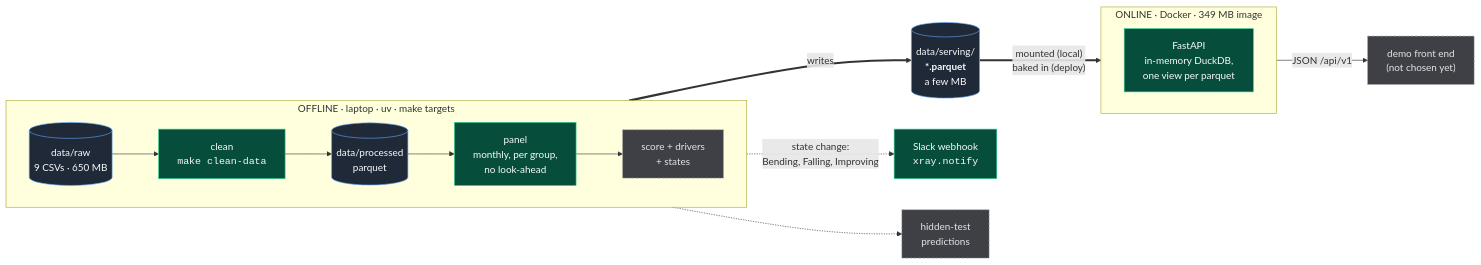
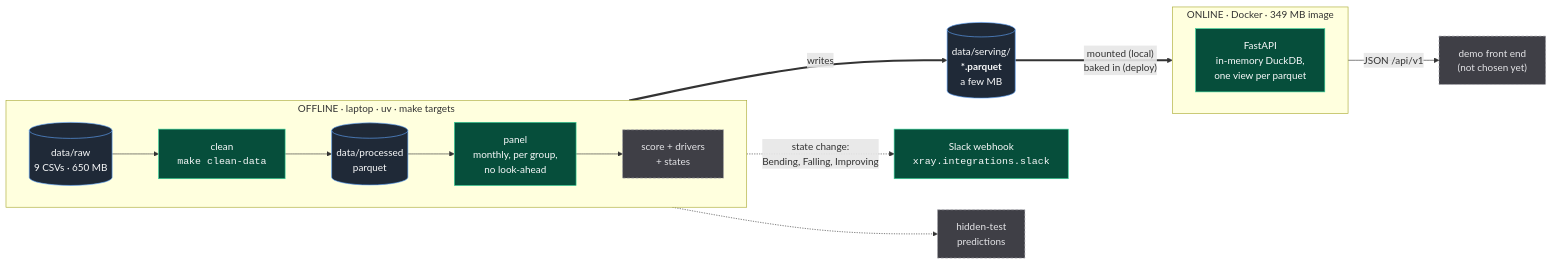
Before and after one commit to felipemagr/hackspain: the first of 3 diagrams in docs/infra.md, drawn with Mermaid. The commit also changed 24 other files, not shown here.

````diff
--- a/docs/infra.md
+++ b/docs/infra.md
@@ -9,32 +9,32 @@
 ```mermaid
 flowchart LR
     subgraph OFF["OFFLINE · laptop · uv · make targets"]
         direction LR
         RAW[("data/raw<br/>9 CSVs · 650 MB")]
         CLEAN["clean<br/><code>make clean-data</code>"]
         PROC[("data/processed<br/>parquet")]
         FEAT["panel<br/>monthly, per group,<br/>no look-ahead"]
         SCORE["score + drivers<br/>+ states"]
         RAW --> CLEAN --> PROC --> FEAT --> SCORE
     end
 
     SERV[("data/serving/<br/><b>*.parquet</b><br/>a few MB")]
     SCORE ==>|writes| SERV
 
     subgraph ON["ONLINE · Docker · 349 MB image"]
         direction LR
         API["FastAPI<br/>in-memory DuckDB,<br/>one view per parquet"]
     end
 
     SERV ==>|"mounted (local)<br/>baked in (deploy)"| API
     API -->|JSON /api/v1| FRONT["demo front end<br/>(not chosen yet)"]
-    SCORE -.->|"state change:<br/>Bending, Falling, Improving"| SLACK["Slack webhook<br/><code>xray.notify</code>"]
+    SCORE -.->|"state change:<br/>Bending, Falling, Improving"| SLACK["Slack webhook<br/><code>xray.integrations.slack</code>"]
     SCORE -.-> SUB["hidden-test<br/>predictions"]
 
     classDef store fill:#1f2937,stroke:#60a5fa,color:#f9fafb
     classDef built fill:#064e3b,stroke:#34d399,color:#f9fafb
     classDef todo fill:#3f3f46,stroke:#a1a1aa,color:#e4e4e7,stroke-dasharray:4 3
     class RAW,PROC,SERV store
     class CLEAN,FEAT,API,SLACK built
     class SCORE,FRONT,SUB todo
 ```
````
